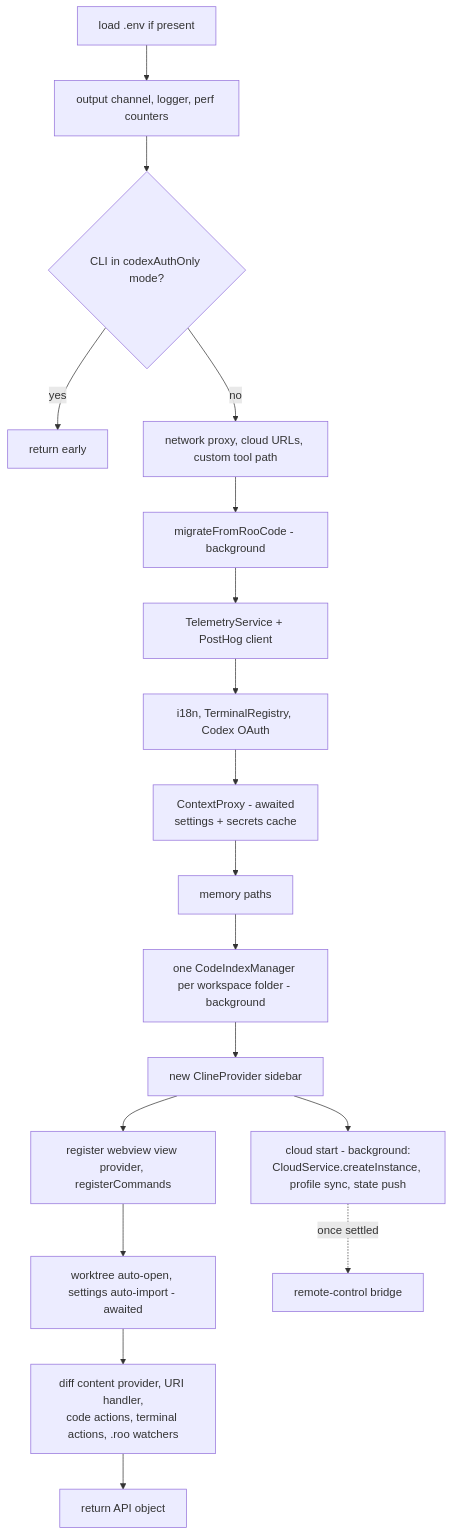
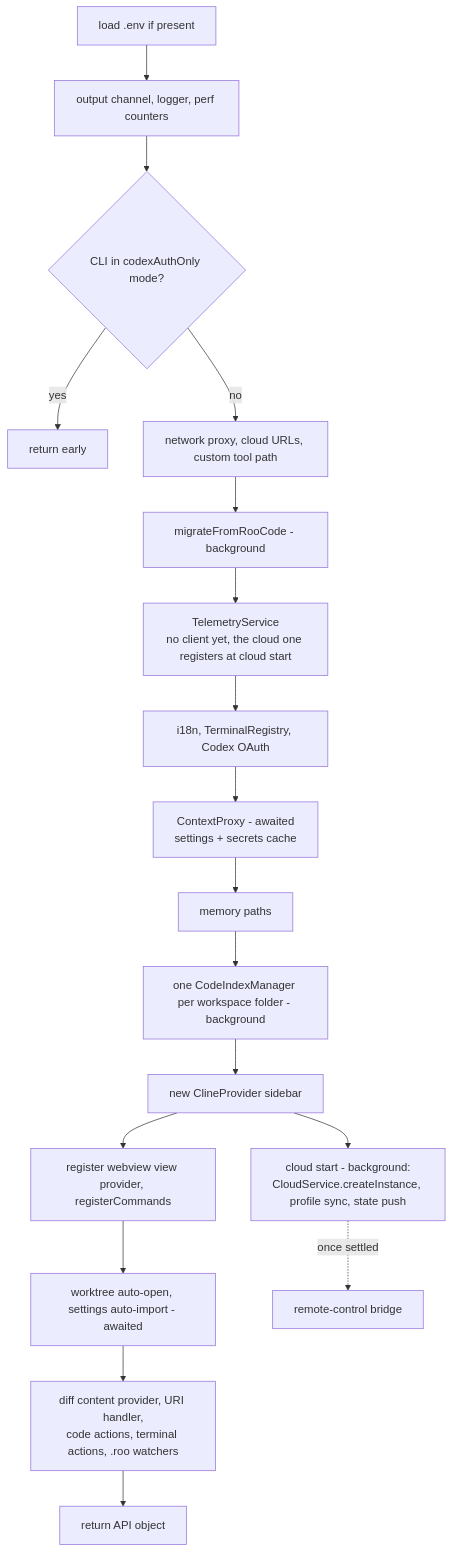
Before and after one commit to krzychdre/Tumble-Code: the first of 3 diagrams in docs/02-extension-host.md, drawn with Mermaid. The commit also changed 133 other files, not shown here.

First line of the commit message:
fix: remove PostHog and the telemetry consent setting (#746)

````diff
--- a/docs/02-extension-host.md
+++ b/docs/02-extension-host.md
@@ -11,20 +11,20 @@
 ```mermaid
 flowchart TD
   A[load .env if present] --> B[output channel, logger, perf counters]
   B --> C{CLI in codexAuthOnly mode?}
   C -- yes --> Z[return early]
   C -- no --> D[network proxy, cloud URLs, custom tool path]
   D --> E[migrateFromRooCode - background]
-  E --> F[TelemetryService + PostHog client]
+  E --> F[TelemetryService<br/>no client yet, the cloud one registers at cloud start]
   F --> H[i18n, TerminalRegistry, Codex OAuth]
   H --> I[ContextProxy - awaited<br/>settings + secrets cache]
   I --> J[memory paths]
   J --> K[one CodeIndexManager per workspace folder - background]
   K --> L[new ClineProvider sidebar]
   L --> M[cloud start - background:<br/>CloudService.createInstance, profile sync, state push]
   L --> N[register webview view provider, registerCommands]
   N --> O[worktree auto-open, settings auto-import - awaited]
   O --> P[diff content provider, URI handler,<br/>code actions, terminal actions, .roo watchers]
   P --> Q[return API object]
   M -. once settled .-> R[remote-control bridge]
 ```
````
